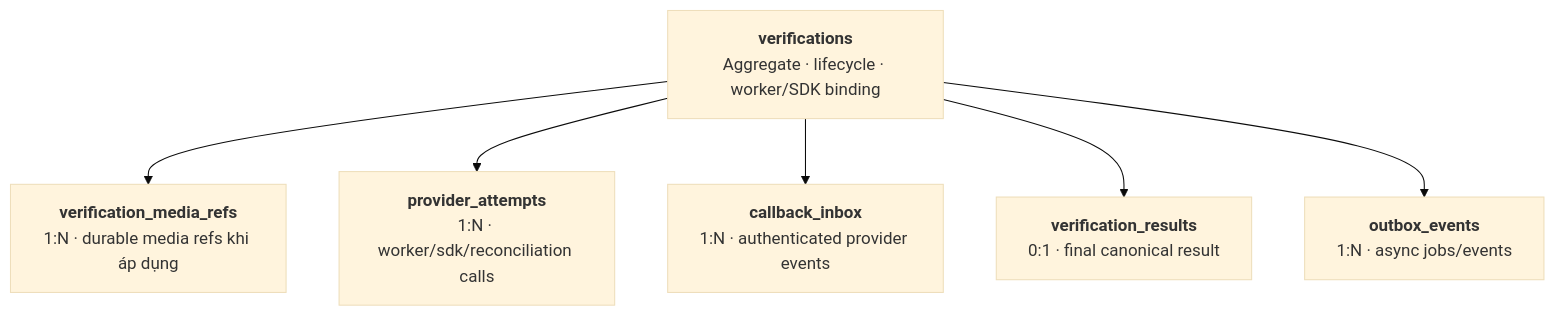
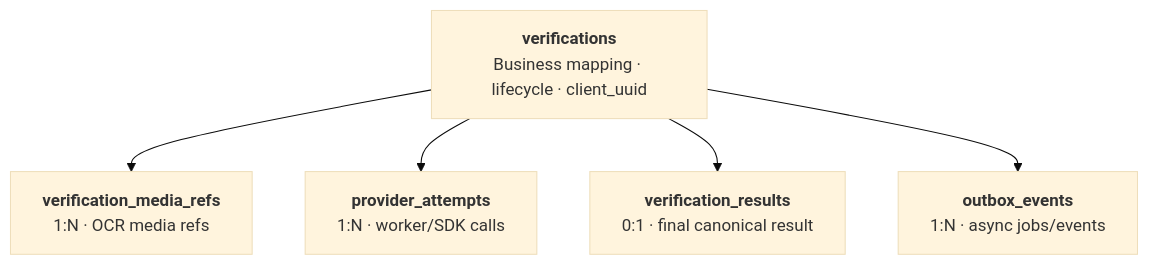
One commit to huynv-xyz/vhm changed the eighth of 8 diagrams in noxh-ekyc.md. Above: the diagram before and after it, drawn with Mermaid (base theme). The commit also changed other lines of this file, not shown here.

````diff
--- a/noxh-ekyc.md
+++ b/noxh-ekyc.md
@@ -750,21 +648,18 @@
 ```mermaid
 flowchart TB
     VERIFICATION["`**verifications**
-Aggregate · lifecycle · worker/SDK binding`"]
+Business mapping · lifecycle · client_uuid`"]
     MEDIA["`**verification_media_refs**
-1:N · durable media refs khi áp dụng`"]
+1:N · OCR media refs`"]
     ATTEMPT["`**provider_attempts**
-1:N · worker/sdk/reconciliation calls`"]
-    INBOX["`**callback_inbox**
-1:N · authenticated provider events`"]
+1:N · worker/SDK calls`"]
     RESULT["`**verification_results**
 0:1 · final canonical result`"]
     OUTBOX["`**outbox_events**
 1:N · async jobs/events`"]
 
     VERIFICATION --> MEDIA
     VERIFICATION --> ATTEMPT
-    VERIFICATION --> INBOX
     VERIFICATION --> RESULT
     VERIFICATION --> OUTBOX
 ```
````
